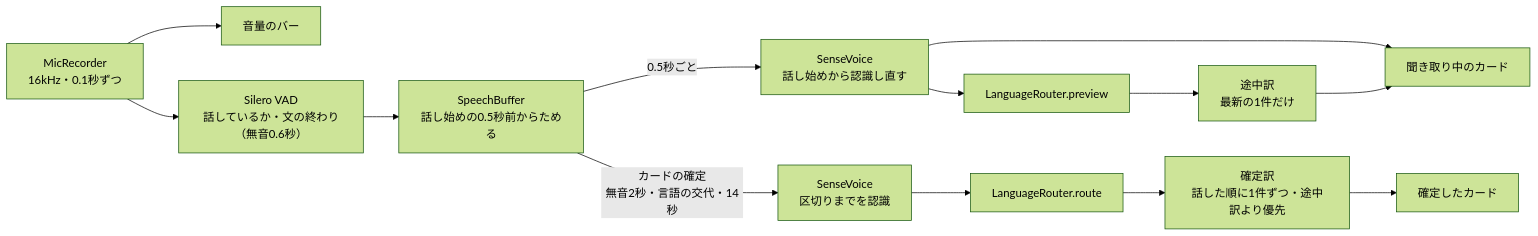
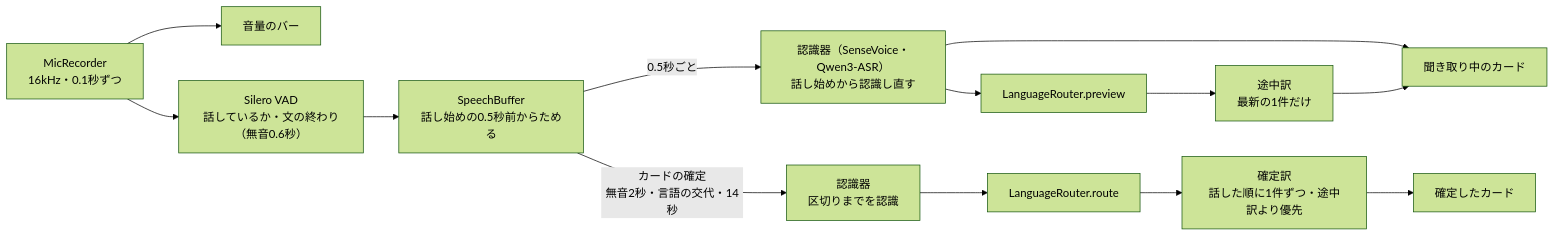
The diagram in docs/04_会話翻訳.md (KarakuriAgent/PlamoTranslate), drawn with Mermaid (forest theme) before and after one commit. The commit also changed other lines of this file and 30 other files, not shown here.

````diff
--- a/docs/04_会話翻訳.md
+++ b/docs/04_会話翻訳.md
@@ -19,13 +19,13 @@
 ```mermaid
 flowchart LR
   MIC["MicRecorder<br>16kHz・0.1秒ずつ"] --> LV["音量のバー"]
   MIC --> VAD["Silero VAD<br>話しているか・文の終わり（無音0.6秒）"]
   VAD --> BUF["SpeechBuffer<br>話し始めの0.5秒前からためる"]
-  BUF -->|0.5秒ごと| PT["SenseVoice<br>話し始めから認識し直す"]
+  BUF -->|0.5秒ごと| PT["認識器（SenseVoice・Qwen3-ASR）<br>話し始めから認識し直す"]
   PT --> PRV["LanguageRouter.preview"] --> PTR["途中訳<br>最新の1件だけ"]
   PT --> LIVE["聞き取り中のカード"]
   PTR --> LIVE
-  BUF -->|"カードの確定<br>無音2秒・言語の交代・14秒"| SV["SenseVoice<br>区切りまでを認識"]
+  BUF -->|"カードの確定<br>無音2秒・言語の交代・14秒"| SV["認識器<br>区切りまでを認識"]
   SV --> RT["LanguageRouter.route"] --> TR["確定訳<br>話した順に1件ずつ・途中訳より優先"]
   TR --> CARD["確定したカード"]
 ```
````
